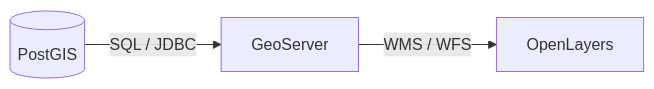
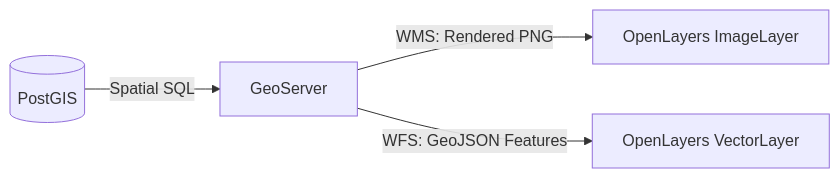
One commit to Rotten-Grapes-Pvt-Ltd/Trainings-openlayers changed the diagram in docs/module-4.md. Above: the diagram before and after it, drawn with Mermaid. The commit also changed other lines of this file and 7 other files, not shown here.

Commit message:
Enhance Module 7 and Module 8: Expand offline GIS concepts, introduce PMTiles, and develop a comprehensive Web GIS application with GeoServer integration, dynamic styling, and interactive features.

````diff
--- a/docs/module-4.md
+++ b/docs/module-4.md
@@ -11,5 +364,6 @@
 ```mermaid
-graph LR
-    DB[(PostGIS)] -->|SQL / JDBC| GS[GeoServer]
-    GS -->|WMS / WFS| OL[OpenLayers]
+flowchart LR
+    A[(PostGIS)] -->|Spatial SQL| B[GeoServer]
+    B -->|WMS: Rendered PNG| C[OpenLayers ImageLayer]
+    B -->|WFS: GeoJSON Features| D[OpenLayers VectorLayer]
 ```
````
